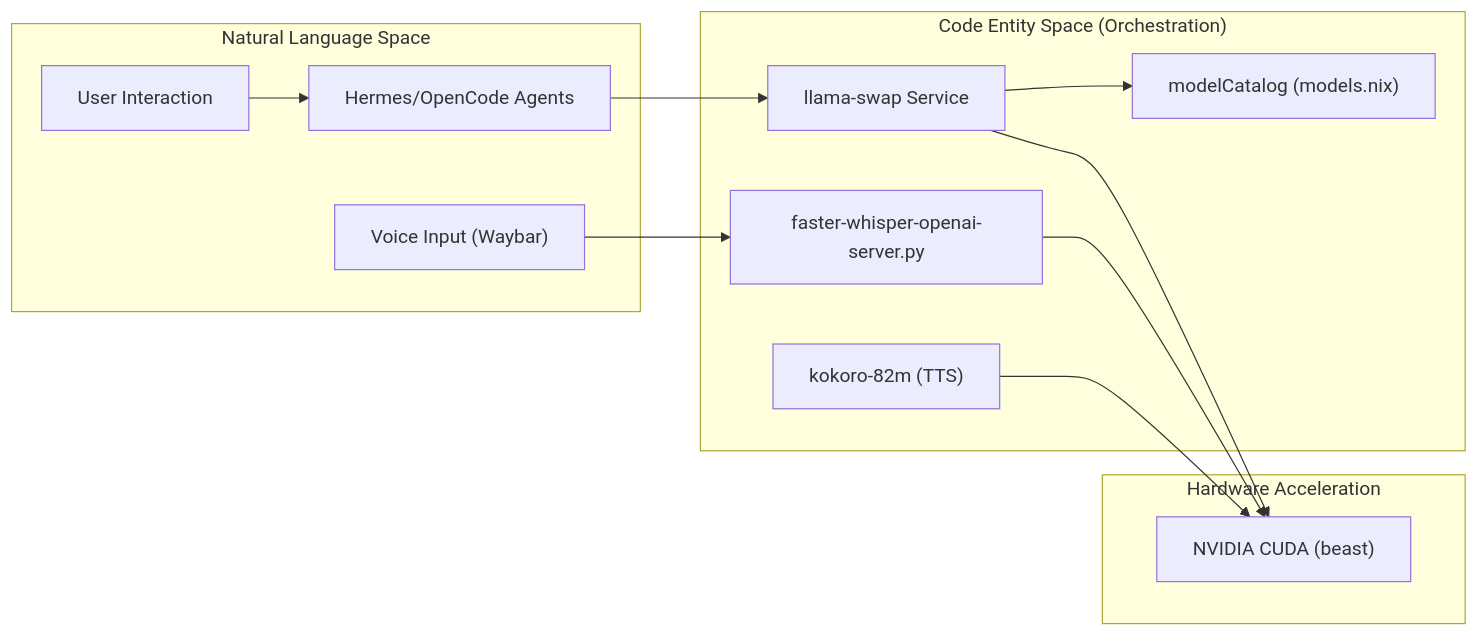
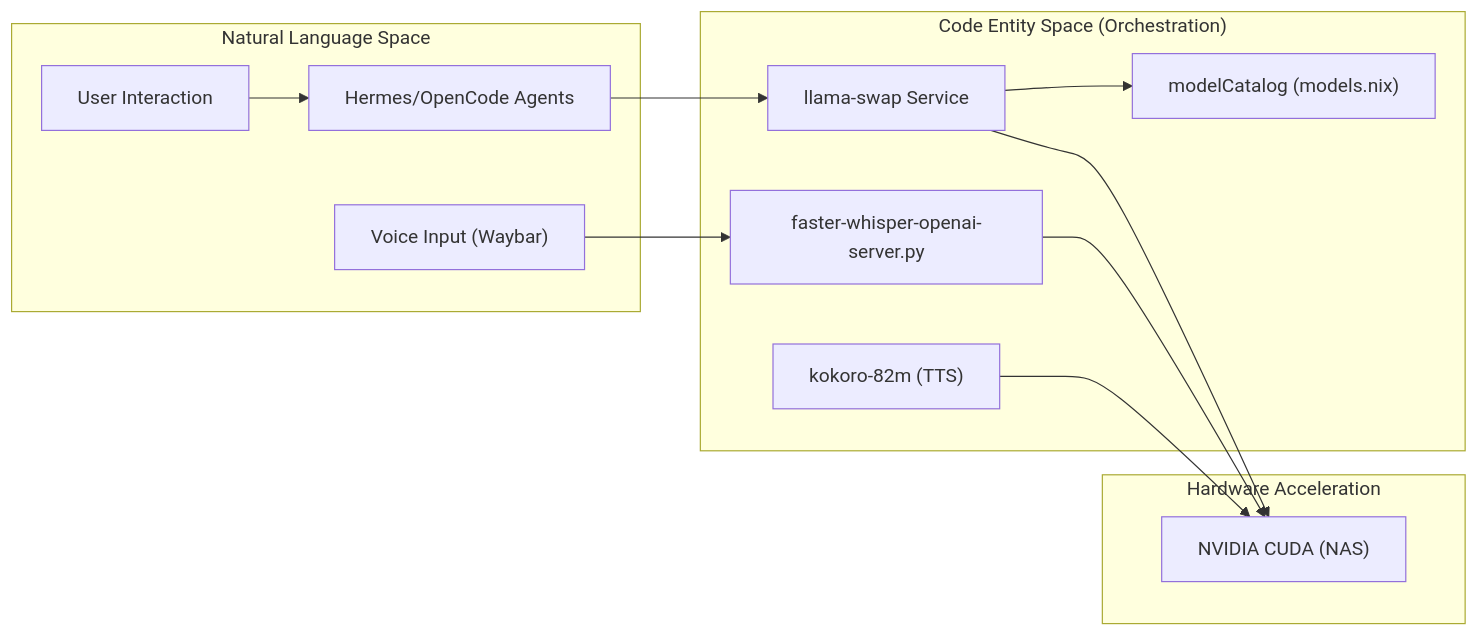
Before and after one commit to Cody-W-Tucker/nix-config: the first of 2 diagrams in docs/Local-AI-Infrastructure.md, drawn with Mermaid. The commit also changed other lines of this file and 19 other files, not shown here.

````diff
--- a/docs/Local-AI-Infrastructure.md
+++ b/docs/Local-AI-Infrastructure.md
@@ -13,24 +13,24 @@
 ```mermaid
 flowchart LR
     subgraph subGraph2 ["Hardware Acceleration"]
-        CUDA["NVIDIA CUDA (beast)"]
+        CUDA["NVIDIA CUDA (NAS)"]
     end
     subgraph subGraph1 ["Code Entity Space (Orchestration)"]
         LSwap["llama-swap Service"]
         MCatalog["modelCatalog (models.nix)"]
         FWhisper["faster-whisper-openai-server.py"]
         KTTS["kokoro-82m (TTS)"]
     end
     subgraph subGraph0 ["Natural Language Space"]
         User["User Interaction"]
         Voice["Voice Input (Waybar)"]
         Agents["Hermes/OpenCode Agents"]
     end
     User --> Agents
     Voice --> FWhisper
     Agents --> LSwap
     LSwap --> MCatalog
     LSwap --> CUDA
     FWhisper --> CUDA
     KTTS --> CUDA
 ```
````
